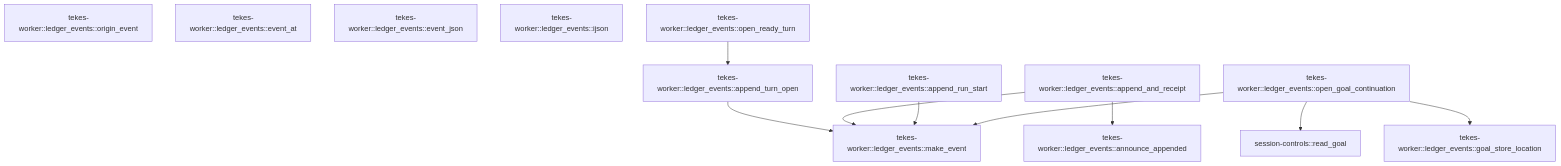
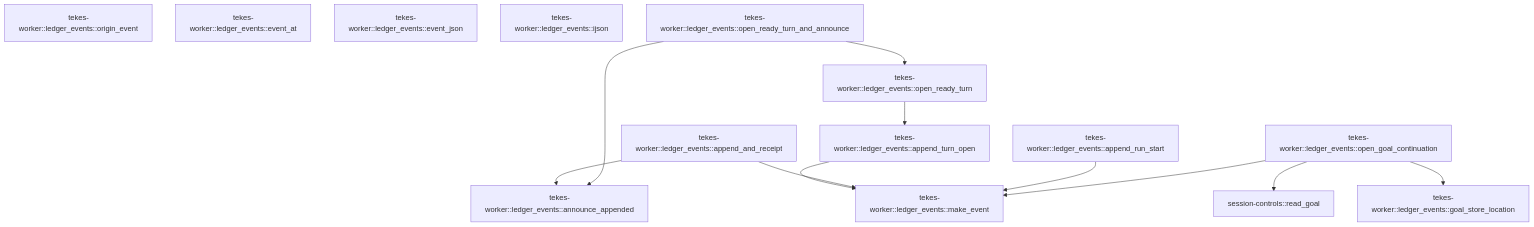
Before and after one commit to TekesApps/TekesKernel: the diagram in crates/worker/docs/generated/src--ledger_events.md, drawn with Mermaid. The commit also changed other lines of this file and 26 other files, not shown here.

Commit message:
fix(worker): receipt active queue transactions and publish turn consumption (#106)

````diff
--- a/crates/worker/docs/generated/src--ledger_events.md
+++ b/crates/worker/docs/generated/src--ledger_events.md
@@ -41,24 +42,27 @@
 ```mermaid
 flowchart TD
   n0["session-controls::read_goal"]
   n1["tekes-worker::ledger_events::goal_store_location"]
   n2["tekes-worker::ledger_events::append_turn_open"]
   n3["tekes-worker::ledger_events::origin_event"]
   n4["tekes-worker::ledger_events::append_and_receipt"]
   n5["tekes-worker::ledger_events::announce_appended"]
   n6["tekes-worker::ledger_events::event_at"]
   n7["tekes-worker::ledger_events::event_json"]
   n8["tekes-worker::ledger_events::make_event"]
   n9["tekes-worker::ledger_events::ijson"]
   n10["tekes-worker::ledger_events::append_run_start"]
   n11["tekes-worker::ledger_events::open_ready_turn"]
-  n12["tekes-worker::ledger_events::open_goal_continuation"]
+  n12["tekes-worker::ledger_events::open_ready_turn_and_announce"]
+  n13["tekes-worker::ledger_events::open_goal_continuation"]
   n2 --> n8
   n4 --> n5
   n4 --> n8
   n10 --> n8
   n11 --> n2
-  n12 --> n0
-  n12 --> n1
-  n12 --> n8
+  n12 --> n5
+  n12 --> n11
+  n13 --> n0
+  n13 --> n1
+  n13 --> n8
 ```
````
